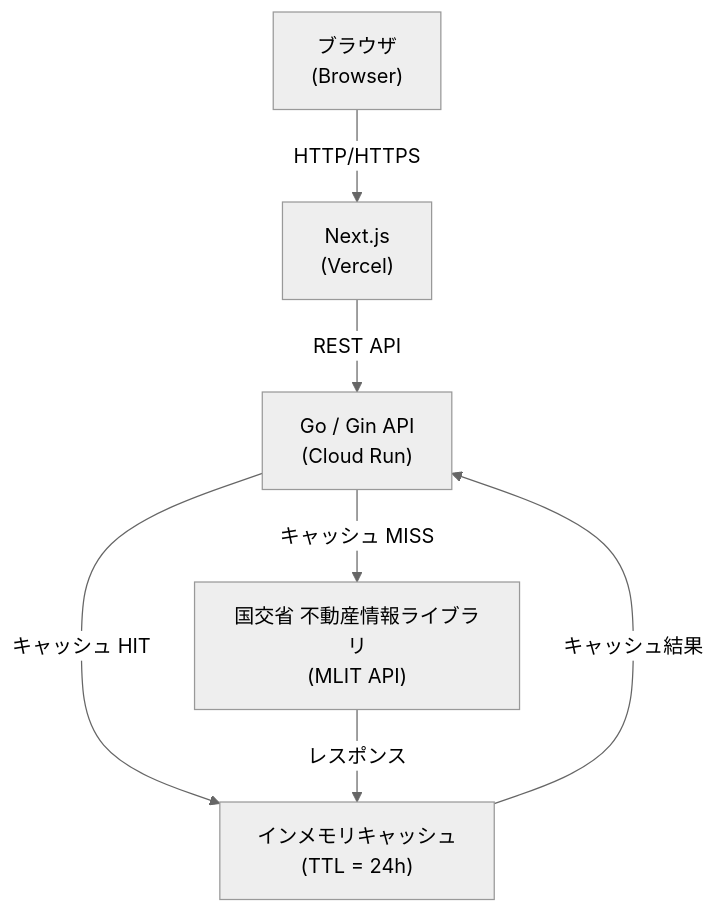
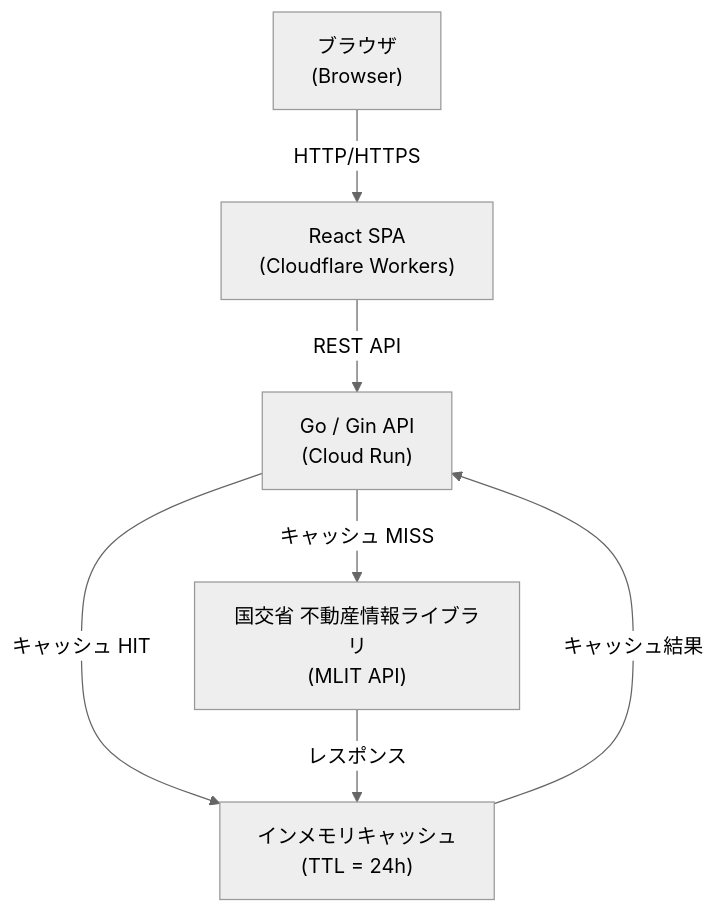
The diagram in README.md (glkt3912/yield-guard), drawn with Mermaid (neutral theme) before and after one commit. The commit also changed other lines of this file and 12 other files, not shown here.

First line of the commit message:
docs: document Cloudflare Workers hosting and update Next.js/Vercel references

````diff
--- a/README.md
+++ b/README.md
@@ -19,15 +19,15 @@
 ```mermaid
 flowchart TD
     Browser["ブラウザ\n(Browser)"]
-    Next["Next.js\n(Vercel)"]
+    Next["React SPA\n(Cloudflare Workers)"]
     Go["Go / Gin API\n(Cloud Run)"]
     Cache["インメモリキャッシュ\n(TTL = 24h)"]
     MLIT["国交省 不動産情報ライブラリ\n(MLIT API)"]
 
     Browser -->|HTTP/HTTPS| Next
     Next -->|REST API| Go
     Go -->|キャッシュ HIT| Cache
     Go -->|キャッシュ MISS| MLIT
     MLIT -->|レスポンス| Cache
     Cache -->|キャッシュ結果| Go
 ```
````
